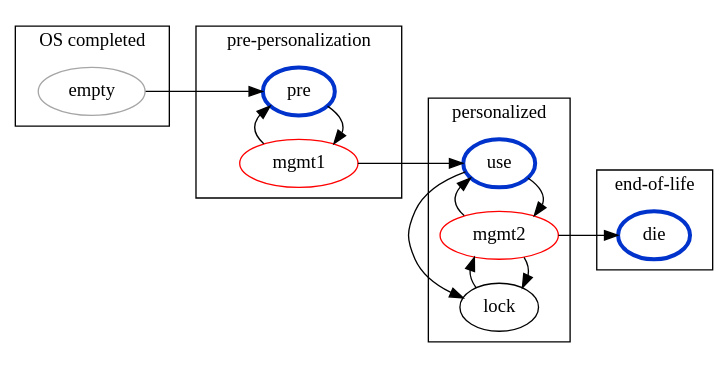
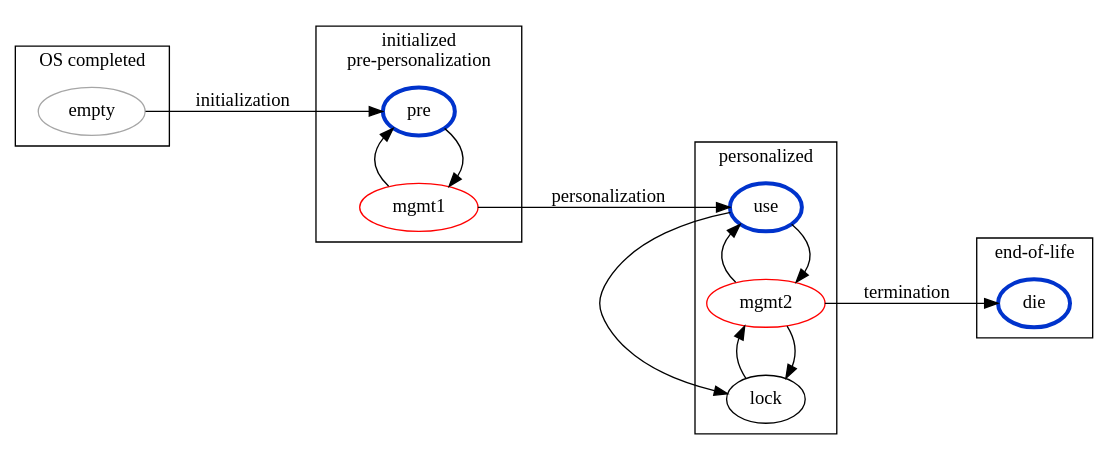
The diagram in design/life-cycle-phases.dot (ru2018ewallet/documentation), drawn with Graphviz before and after one commit. The commit also changed 1 other file, not shown here.

```diff
--- a/design/life-cycle-phases.dot
+++ b/design/life-cycle-phases.dot
@@ -1,59 +1,59 @@
 digraph {
   rankdir="LR"
   newrank="true"
   
   // empty:: before we get the card; the operating system is installed
   // pre:: pre-personalization; our applet is already installed
   // use:: personalization took place, the card has an 'owner'
   // die:: the card can not be used further
   // mgmt?:: management states which can only be reached by a special terminal
   // lock:: maybe it should be posible to lock the functionality.
   // Question:: Shall un-locking be possible?
   // Question:: Shall the user be able to initialize EOL?
   
-  empty -> pre
+  empty -> pre [label="initialization"]
   pre -> mgmt1
-  mgmt1 -> {pre use}
+  mgmt1 -> pre; mgmt1 -> use [label="personalization"]; 
   use -> {mgmt2 lock}
-  mgmt2 -> {use die lock}
+  mgmt2 -> {use lock}; mgmt2 -> die [label="termination"];
   lock -> mgmt2
 
   empty [color="#a6a6a6"]
   mgmt1 [color="#ff0000"]
   mgmt2 [color="#ff0000"]
   pre [color="#0033cc",penwidth=3]
   use [color="#0033cc",penwidth=3]
   die [color="#0033cc",penwidth=3]
 
   subgraph cluster_0 {
     label="OS completed"
     rank="same"
     rankdir="TB"
     empty
   }
 
   subgraph cluster_1 {
-    label="pre-personalization"
+    label="initialized\npre-personalization"
     rank="same"
     rankdir="TB"
     pre
     mgmt1
   }
 
   subgraph cluster_2 {
     label="personalized"
     rank="same"
     rankdir="TB"
     use
     mgmt2
     lock
   }
 
   subgraph cluster_3 {
     label="end-of-life"
     rank="same"
     rankdir="TB"
     die
   }
 
 }
```
